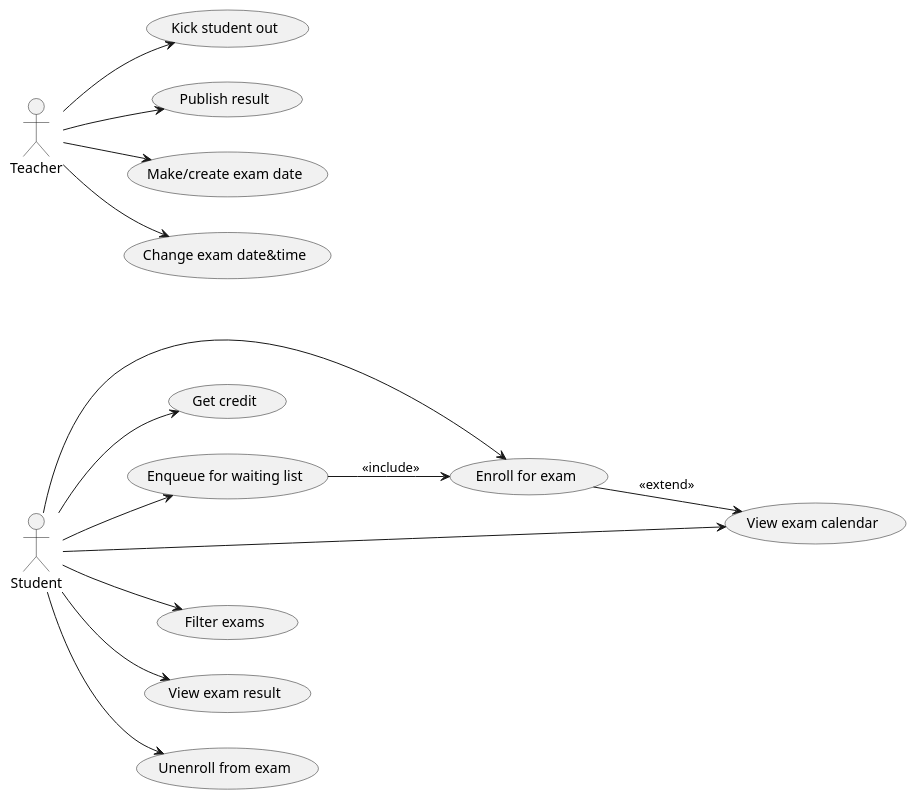
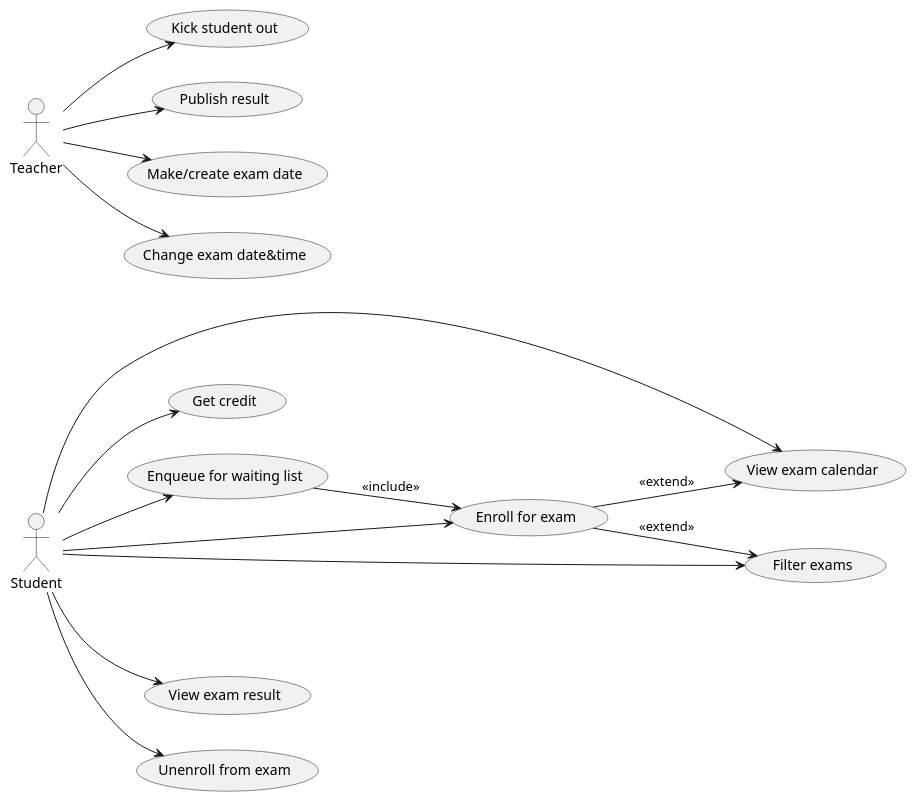
One commit to Fundeluk/nswi041-exams changed the first of 2 diagrams in seminar-work.md. Above: the diagram before and after it, drawn with PlantUML. The commit also changed other lines of this file and 3 other files, not shown here.

````diff
--- a/seminar-work.md
+++ b/seminar-work.md
@@ -46,35 +46,36 @@
 ```plantuml
-@startuml UseCases1
+@startuml UseCases
 left to right direction
 actor Student as s
 actor Teacher as t
 usecase "Enroll for exam" as SI
 usecase "Get credit" as GC1
 usecase "Enqueue for waiting list" as QWL1
 usecase "View exam calendar" as VEC1
 usecase "Filter exams" as FE1
 usecase "View exam result" as VER1
 usecase "Unenroll from exam" as SO1
 usecase "Kick student out" as KSO1
 usecase "Publish result" as PR
 usecase "Make/create exam date" as MED
 usecase "Change exam date&time" as CED
  
 s --> GC1
 s --> QWL1
 s --> VEC1
 s --> FE1
 s --> VER1
 s --> SO1
 s --> SI
 
 QWL1 --> SI : <<include>>
 SI --> VEC1 : <<extend>>
+SI --> FE1 : <<extend>>
 
 t --> KSO1
 t --> PR
 t --> MED
 t --> CED
 @enduml
 
 ```
````
